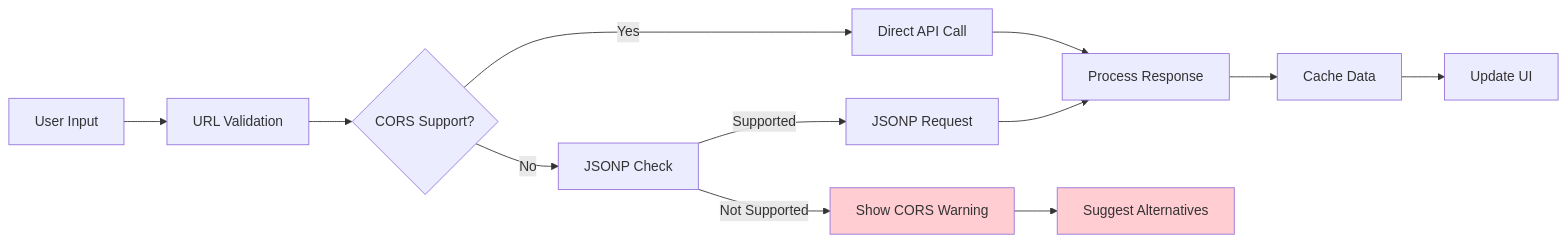
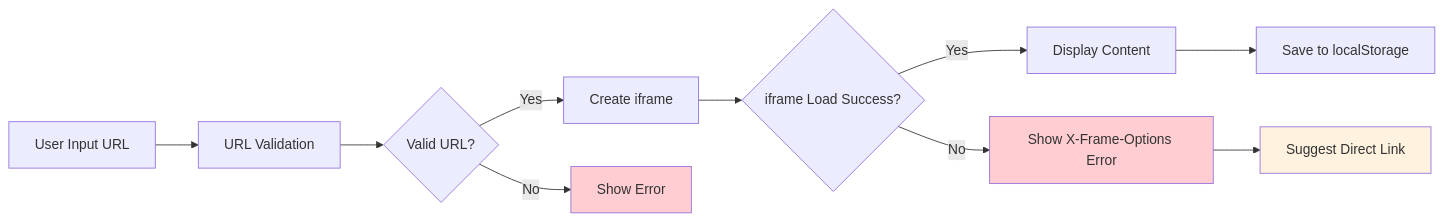
The sixth of 11 diagrams in ARCHITECTURE_DIAGRAMS.md (graf4ik322/TempSNI), drawn with Mermaid before and after one commit. The commit also changed other lines of this file and 5 other files, not shown here.

Commit message:
Replace API integration with iframe-based external content

````diff
--- a/ARCHITECTURE_DIAGRAMS.md
+++ b/ARCHITECTURE_DIAGRAMS.md
@@ -190,21 +182,20 @@
 ```mermaid
 graph LR
-    A[User Input] --> B[URL Validation]
-    B --> C{CORS Support?}
+    A[User Input URL] --> B[URL Validation]
+    B --> C{Valid URL?}
     
-    C -->|Yes| D[Direct API Call]
-    C -->|No| E[JSONP Check]
+    C -->|Yes| D[Create iframe]
+    C -->|No| E[Show Error]
     
-    E -->|Supported| F[JSONP Request]
-    E -->|Not Supported| G[Show CORS Warning]
+    D --> F{iframe Load Success?}
     
-    D --> H[Process Response]
-    F --> H
-    G --> I[Suggest Alternatives]
+    F -->|Yes| G[Display Content]
+    F -->|No| H[Show X-Frame-Options Error]
     
-    H --> J[Cache Data]
-    J --> K[Update UI]
+    G --> I[Save to localStorage]
+    H --> J[Suggest Direct Link]
     
-    style G fill:#ffcdd2
-    style I fill:#ffcdd2
+    style E fill:#ffcdd2
+    style H fill:#ffcdd2
+    style J fill:#fff3e0
 ```
````
